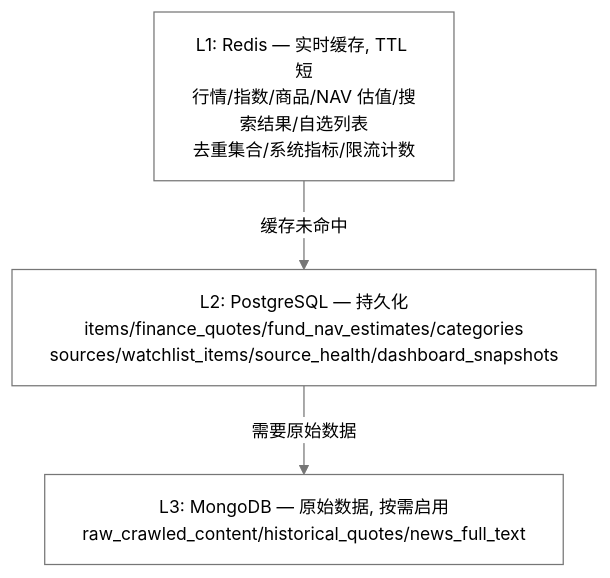
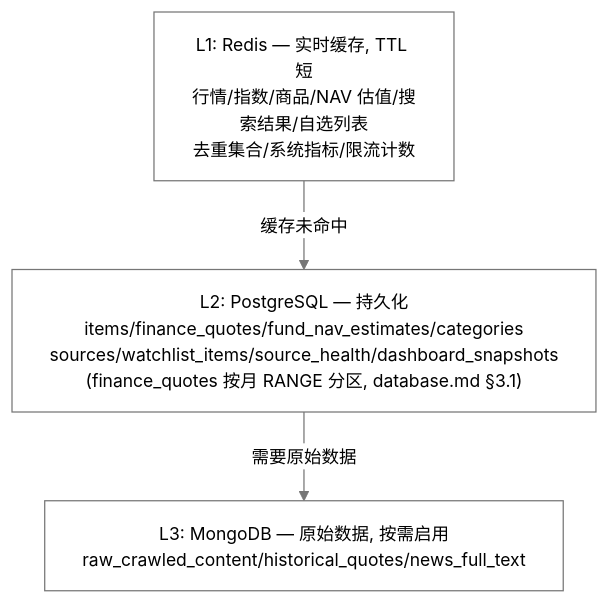
Before and after one commit to onceme/instantboard: the sixth of 12 diagrams in docs/dev-guide/design/data-flow.md, drawn with Mermaid. The commit also changed 15 other files, not shown here.

Commit message:
feat: monthly range partitioning for finance_quotes

````diff
--- a/docs/dev-guide/design/data-flow.md
+++ b/docs/dev-guide/design/data-flow.md
@@ -504,9 +504,9 @@
 ```mermaid
 %%{init: {"theme": "base", "themeVariables": {"primaryColor": "#ffffff", "primaryTextColor": "#000000", "primaryBorderColor": "#767676", "lineColor": "#767676", "arrowheadColor": "#767676", "secondaryColor": "#ffffff", "secondaryTextColor": "#000000", "secondaryBorderColor": "#767676", "tertiaryColor": "#ffffff", "tertiaryTextColor": "#000000", "tertiaryBorderColor": "#767676", "edgeLabelBackground": "#ffffff", "textColor": "#000000", "nodeTextColor": "#000000", "mainBkg": "#ffffff", "nodeBorder": "#767676", "clusterBkg": "#ffffff", "clusterBdr": "#767676", "clusterTextColor": "#000000", "titleColor": "#000000", "fontSize": "14px"}, "flowchart": {"nodeSpacing": 40, "rankSpacing": 50, "wrappingWidth": 180, "useMaxWidth": true}}}%%
 graph TD
     L1["L1: Redis — 实时缓存, TTL 短<br>行情/指数/商品/NAV 估值/搜索结果/自选列表<br>去重集合/系统指标/限流计数"]
-    L2["L2: PostgreSQL — 持久化<br>items/finance_quotes/fund_nav_estimates/categories<br>sources/watchlist_items/source_health/dashboard_snapshots"]
+    L2["L2: PostgreSQL — 持久化<br>items/finance_quotes/fund_nav_estimates/categories<br>sources/watchlist_items/source_health/dashboard_snapshots<br>(finance_quotes 按月 RANGE 分区, database.md §3.1)"]
     L3["L3: MongoDB — 原始数据, 按需启用<br>raw_crawled_content/historical_quotes/news_full_text"]
     L1 -->|"缓存未命中"| L2
     L2 -->|"需要原始数据"| L3
 ```
````
